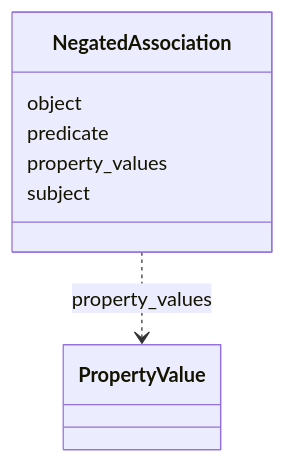
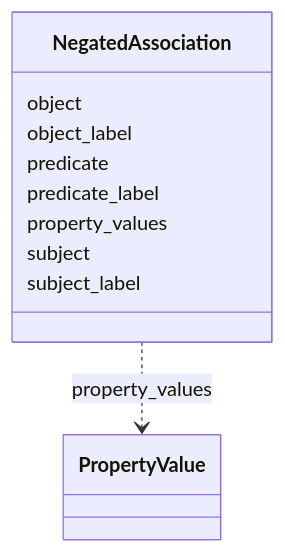
One commit to INCATools/ontology-access-kit changed the diagram in association/NegatedAssociation.md. Above: the diagram before and after it, drawn with Mermaid. The commit also changed other lines of this file and 53 other files, not shown here.

````diff
--- a/association/NegatedAssociation.md
+++ b/association/NegatedAssociation.md
@@ -11,15 +11,21 @@
 ```{mermaid}
  classDiagram
     class NegatedAssociation
       NegatedAssociation : object
         
+      NegatedAssociation : object_label
+        
       NegatedAssociation : predicate
+        
+      NegatedAssociation : predicate_label
         
       NegatedAssociation : property_values
         
           NegatedAssociation ..> PropertyValue : property_values
         
       NegatedAssociation : subject
         
+      NegatedAssociation : subject_label
+        
       
 ```
````
